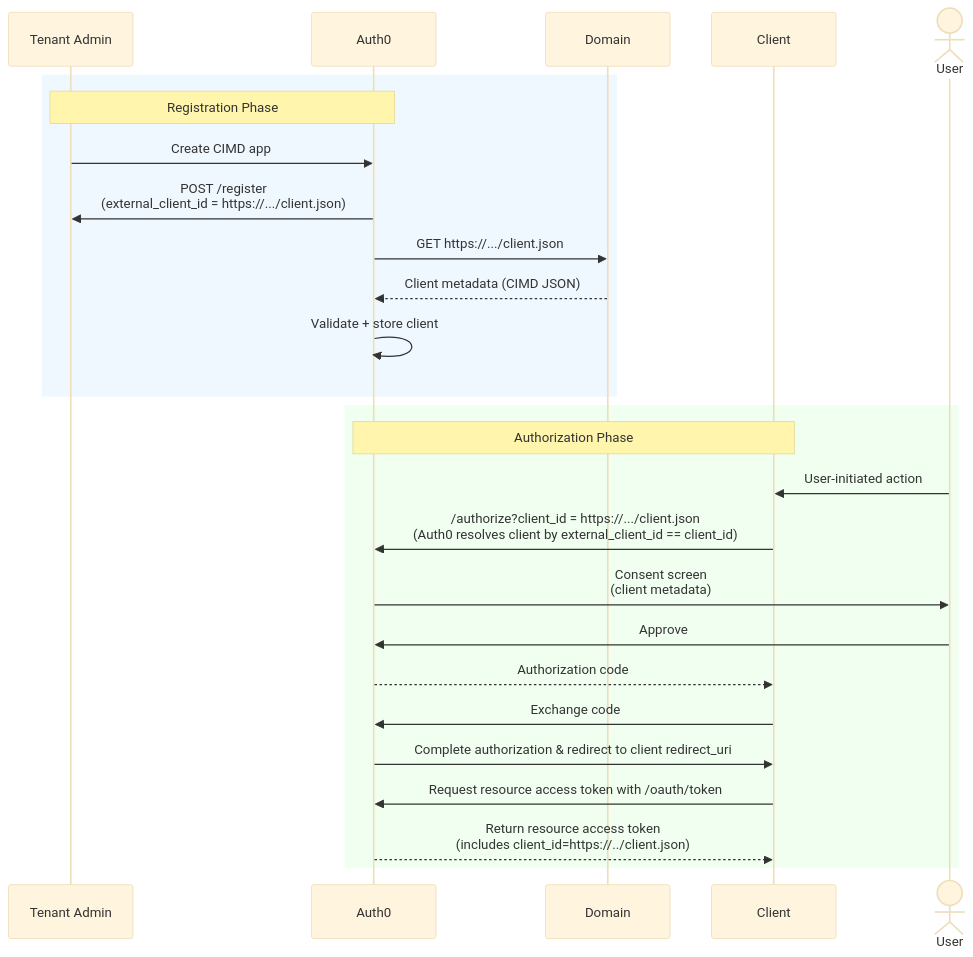
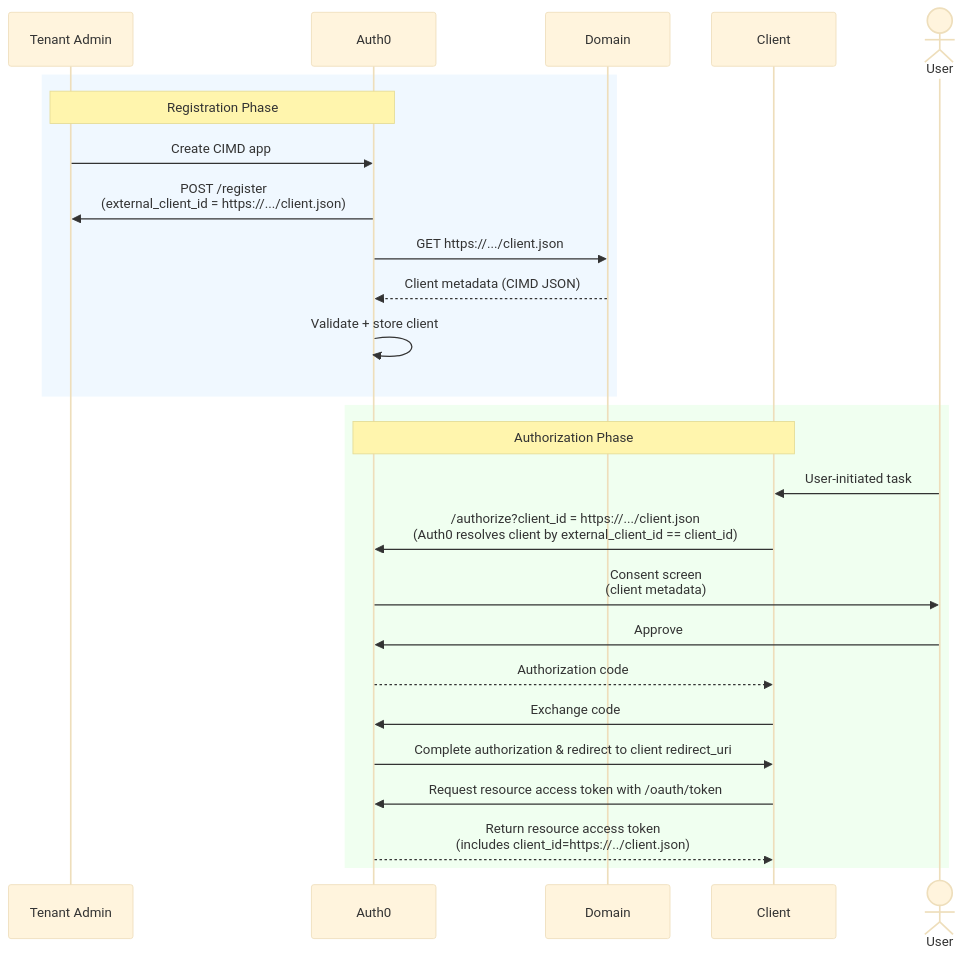
One commit to auth0/docs-v2 changed the diagram in main/docs/get-started/auth0-overview/create-applications/register-applications-with-cimd.mdx. Above: the diagram before and after it, drawn with Mermaid (base theme). The commit also changed other lines of this file and 1 other file, not shown here.

````diff
--- a/main/docs/get-started/auth0-overview/create-applications/register-applications-with-cimd.mdx
+++ b/main/docs/get-started/auth0-overview/create-applications/register-applications-with-cimd.mdx
@@ -63,30 +65,30 @@
 ```mermaid
 %%{init: { "sequence": { "mirrorActors": true }}}%%
 sequenceDiagram
     rect rgb(240, 248, 255)
     Note over Tenant Admin,Auth0: Registration Phase
     participant Tenant Admin
     participant Auth0
     participant Domain
     Tenant Admin->>Auth0: Create CIMD app
     Auth0->>Tenant Admin: POST /register<br/>(external_client_id = https://.../client.json)
     Auth0->>Domain: GET https://.../client.json
     Domain-->>Auth0: Client metadata (CIMD JSON)
     Auth0->>Auth0: Validate + store client
     end
     rect rgb(240, 255, 240)
     Note over Client,Auth0: Authorization Phase
     actor User
     participant Client
     participant Auth0
-    User->>Client: User-initiated action
+    User->>Client: User-initiated task
     Client->>Auth0: /authorize?client_id = https://.../client.json<br/>(Auth0 resolves client by external_client_id == client_id)
     Auth0->>User: Consent screen<br/>(client metadata)
     User->>Auth0: Approve
     Auth0-->>Client: Authorization code
     Client->>Auth0: Exchange code
     Auth0->>Client: Complete authorization & redirect to client redirect_uri
     Client->>Auth0: Request resource access token with /oauth/token
     Auth0-->>Client: Return resource access token<br/>(includes client_id=https://../client.json)
     end
 ```
````
